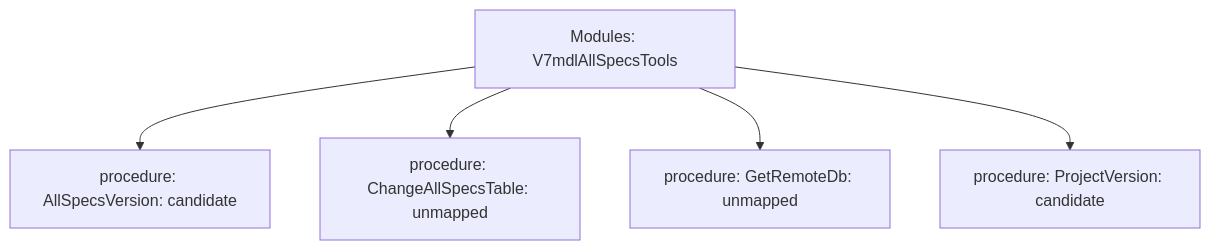
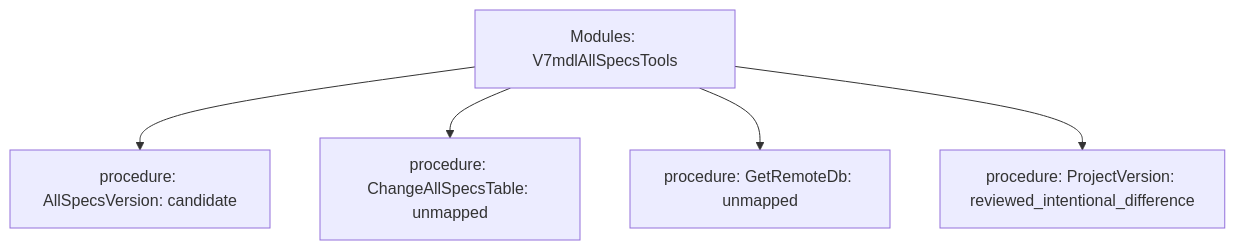
Before and after one commit to Boostao/vpro: the diagram in data-raw/parity/generated/trees/modules-v7mdlallspecstools.mmd, drawn with Mermaid. The commit also changed 43 other files, not shown here.

```diff
--- a/data-raw/parity/generated/trees/modules-v7mdlallspecstools.mmd
+++ b/data-raw/parity/generated/trees/modules-v7mdlallspecstools.mmd
@@ -1,6 +1,6 @@
 flowchart TD
   root[Modules: V7mdlAllSpecsTools]
   root --> n1[procedure: AllSpecsVersion: candidate]
   root --> n2[procedure: ChangeAllSpecsTable: unmapped]
   root --> n3[procedure: GetRemoteDb: unmapped]
-  root --> n4[procedure: ProjectVersion: candidate]
+  root --> n4[procedure: ProjectVersion: reviewed_intentional_difference]
```
